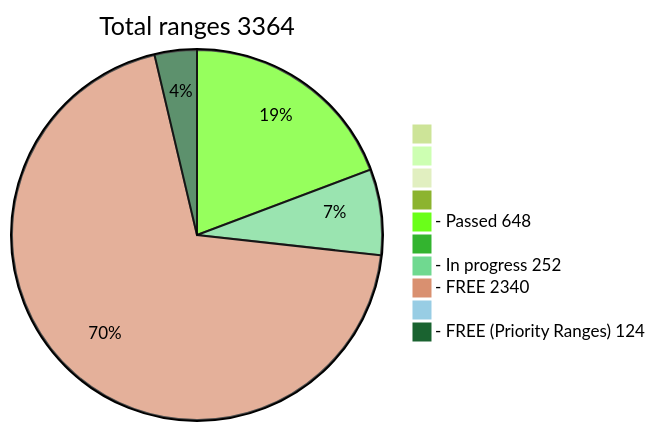
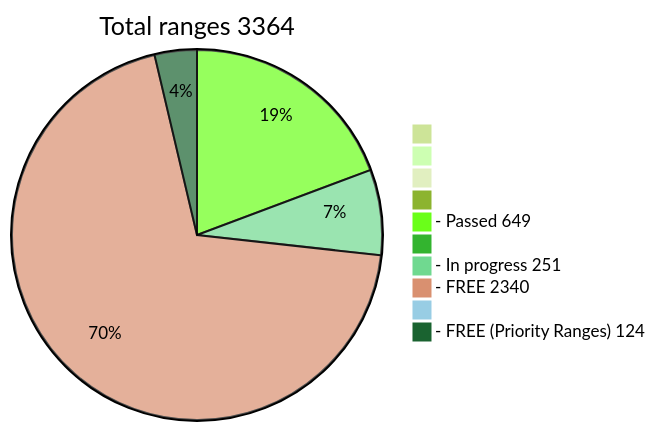
One commit to phrutis/wif500 changed the diagram in README.md. Above: the diagram before and after it, drawn with Mermaid (forest theme).

````diff
--- a/README.md
+++ b/README.md
@@ -16,13 +16,13 @@
 ```mermaid
 pie title Total ranges 3364
              " " : 0
             "  " : 0
            "   " : 0
           "    " : 0
-  "- Passed 648" : 648
+  "- Passed 649" : 649
          "     " : 0
-  "- In progress 252" : 252
+  "- In progress 251" : 251
    "- FREE 2340" : 2340
         "      " : 0
   "- FREE (Priority Ranges) 124" : 124
 ```
````
